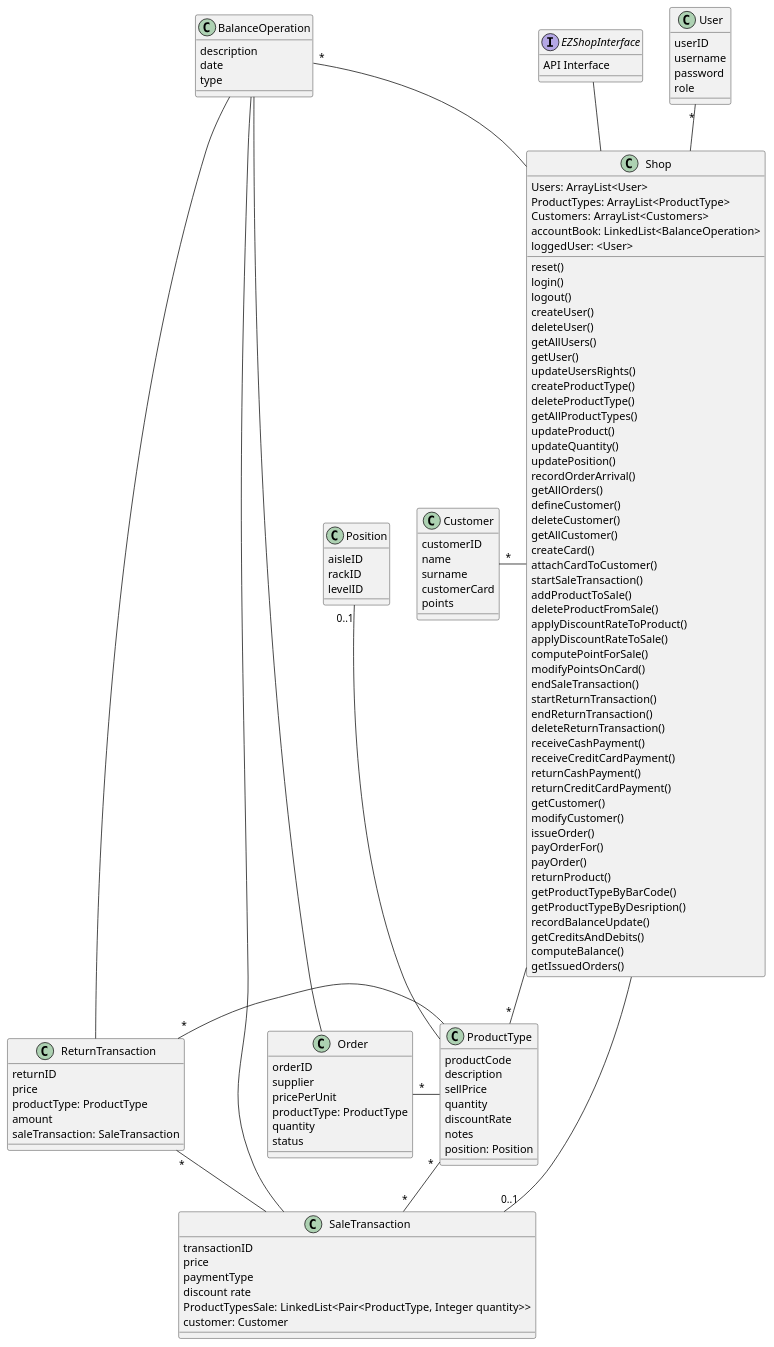
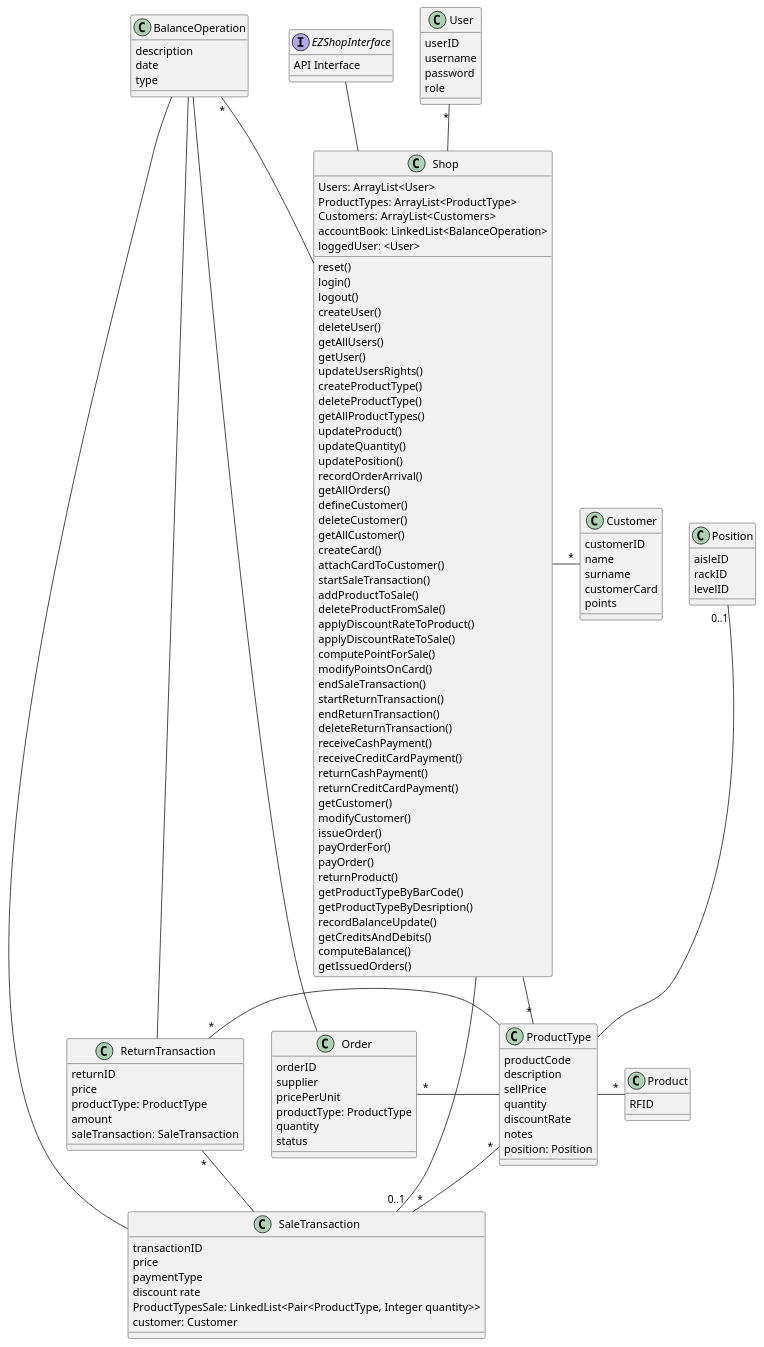
Before and after one commit to b3xul/ezshop: the third of 19 diagrams in Deliverables/DesignDocument.md, drawn with PlantUML.

Commit message:
Position Class added

```diff
--- a/Deliverables/DesignDocument.md
+++ b/Deliverables/DesignDocument.md
@@ -173,6 +173,10 @@
     position: Position
 }
 
+class Product{
+    RFID
+}
+
 class SaleTransaction {
     transactionID 
     price
@@ -220,11 +224,12 @@
 }
 
 Shop -up- EZShopInterface
-Customer "*" -right- Shop
+Customer "*" -left- Shop
 Shop -up- "*" User 
 Shop -down- "*" ProductType
 ProductType -up- "0..1" Position
 ProductType "*" -down- "*" SaleTransaction
+ProductType -right- "*" Product
 
 SaleTransaction -left- "*" ReturnTransaction
 SaleTransaction -up- BalanceOperation
```
